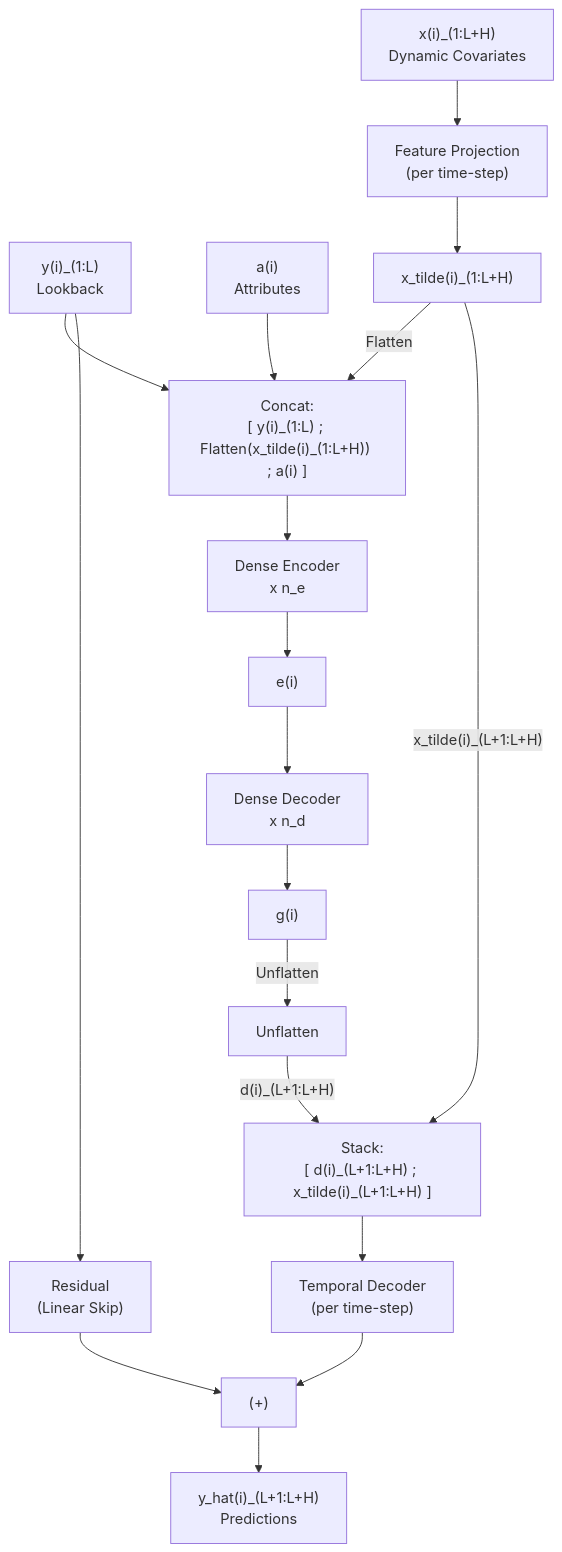
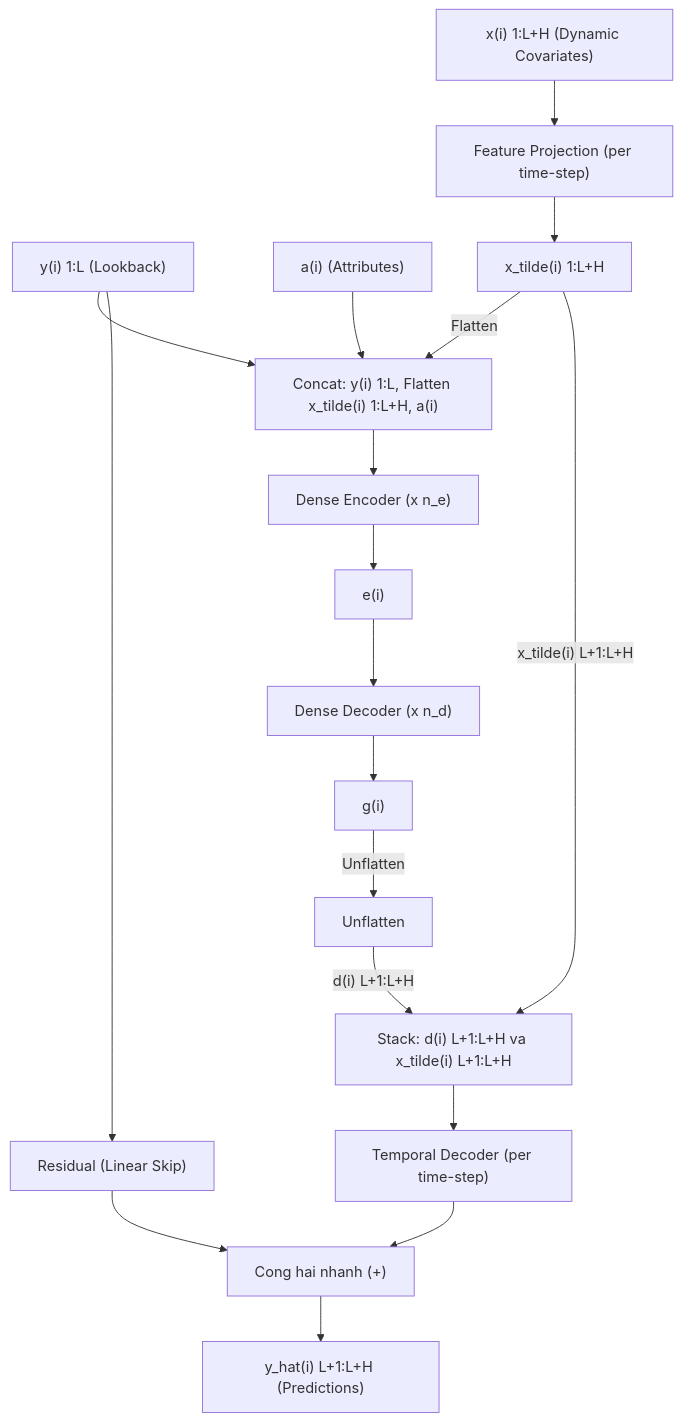
The diagram in tasks-Hieu/sprint-1/report_sprint_1.md (snowflake-vibing/Project-Experimental-TiDE), drawn with Mermaid before and after one commit. The commit also changed other lines of this file, not shown here.

Commit message:
fix(docs): resolve Mermaid syntax error caused by square brackets and plus signs in report_sprint_1.md

````diff
--- a/tasks-Hieu/sprint-1/report_sprint_1.md
+++ b/tasks-Hieu/sprint-1/report_sprint_1.md
@@ -28,54 +28,46 @@
 ```mermaid
 flowchart TD
-    %% ================= 3 NGUỒN ĐẦU VÀO =================
-    Y_lookback["y(i)_(1:L)\nLookback"]
-    A_attr["a(i)\nAttributes"]
-    X_cov["x(i)_(1:L+H)\nDynamic Covariates"]
+    Y_lookback["y(i) 1:L (Lookback)"]
+    A_attr["a(i) (Attributes)"]
+    X_cov["x(i) 1:L+H (Dynamic Covariates)"]
 
-    %% ================= FEATURE PROJECTION =================
-    FeatProj["Feature Projection\n(per time-step)"]
-    X_tilde["x_tilde(i)_(1:L+H)"]
+    FeatProj["Feature Projection (per time-step)"]
+    X_tilde["x_tilde(i) 1:L+H"]
     X_cov --> FeatProj
     FeatProj --> X_tilde
 
-    %% ================= FLATTEN & CONCAT =================
-    ConcatNode["Concat:\n[ y(i)_(1:L) ; Flatten(x_tilde(i)_(1:L+H)) ; a(i) ]"]
+    ConcatNode["Concat: y(i) 1:L, Flatten x_tilde(i) 1:L+H, a(i)"]
     Y_lookback --> ConcatNode
     A_attr --> ConcatNode
     X_tilde -->|"Flatten"| ConcatNode
 
-    %% ================= DENSE ENCODER =================
-    DenseEnc["Dense Encoder\nx n_e"]
+    DenseEnc["Dense Encoder (x n_e)"]
     Enc_e["e(i)"]
     ConcatNode --> DenseEnc
     DenseEnc --> Enc_e
 
-    %% ================= DENSE DECODER =================
-    DenseDec["Dense Decoder\nx n_d"]
+    DenseDec["Dense Decoder (x n_d)"]
     Vec_g["g(i)"]
     Enc_e --> DenseDec
     DenseDec --> Vec_g
 
-    %% ================= UNFLATTEN & STACK =================
     UnflattenOp["Unflatten"]
     Vec_g -->|"Unflatten"| UnflattenOp
 
-    StackNode["Stack:\n[ d(i)_(L+1:L+H) ; x_tilde(i)_(L+1:L+H) ]"]
-    UnflattenOp -->|"d(i)_(L+1:L+H)"| StackNode
-    X_tilde -->|"x_tilde(i)_(L+1:L+H)"| StackNode
+    StackNode["Stack: d(i) L+1:L+H va x_tilde(i) L+1:L+H"]
+    UnflattenOp -->|"d(i) L+1:L+H"| StackNode
+    X_tilde -->|"x_tilde(i) L+1:L+H"| StackNode
 
-    %% ================= TEMPORAL DECODER =================
-    TempDec["Temporal Decoder\n(per time-step)"]
+    TempDec["Temporal Decoder (per time-step)"]
     StackNode --> TempDec
 
-    %% ================= RESIDUAL SKIP & PREDICTIONS =================
-    LinearSkip["Residual\n(Linear Skip)"]
+    LinearSkip["Residual (Linear Skip)"]
     Y_lookback --> LinearSkip
 
-    AddFinal["(+)"]
+    AddFinal["Cong hai nhanh (+)"]
     TempDec --> AddFinal
     LinearSkip --> AddFinal
 
-    Predictions["y_hat(i)_(L+1:L+H)\nPredictions"]
+    Predictions["y_hat(i) L+1:L+H (Predictions)"]
     AddFinal --> Predictions
 ```
````
